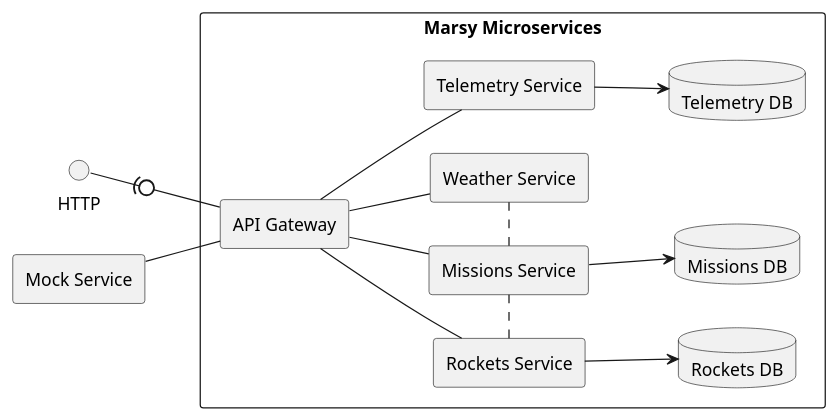
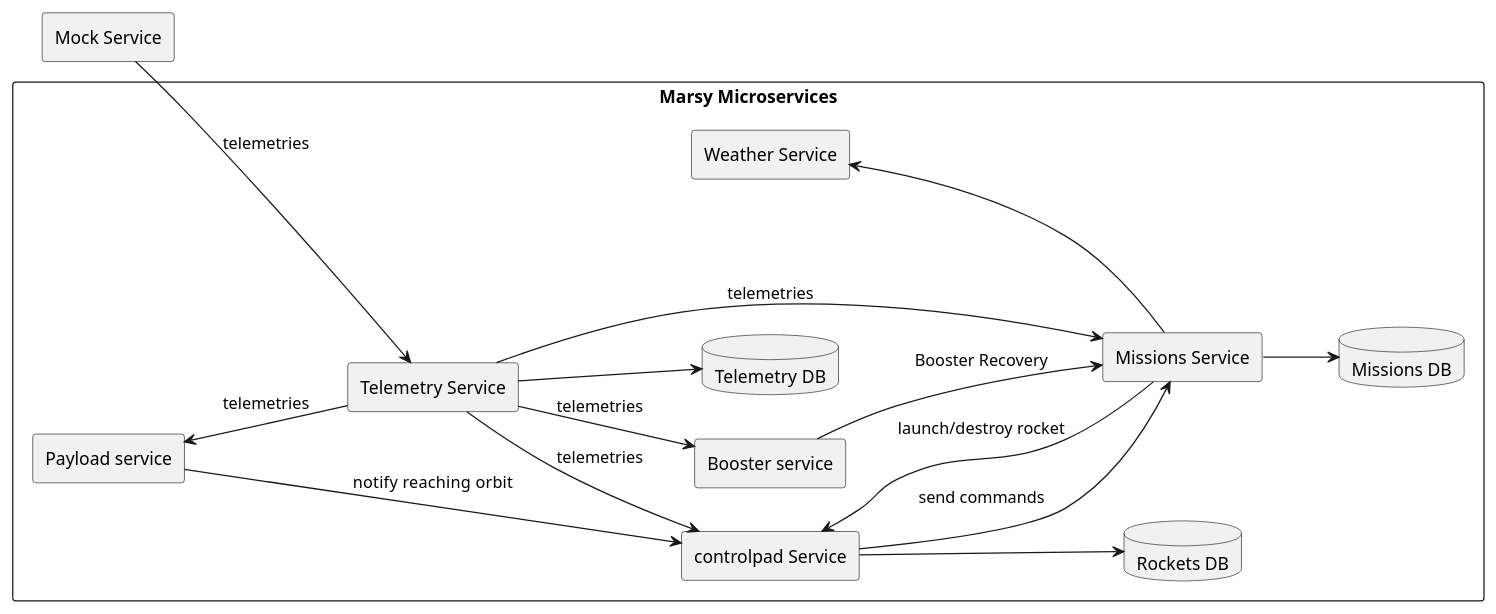
The diagram in docs/architecture-diagram.wsd (ImeneYAHIAOUI/MARS-Y), drawn with PlantUML before and after one commit.

Commit message:
update architecture diagram

```diff
--- a/docs/architecture-diagram.wsd
+++ b/docs/architecture-diagram.wsd
@@ -1,42 +1,44 @@
 @startuml
 skinparam componentStyle rectangle
 left to right direction
 
 
 rectangle "Marsy Microservices" as backend {
 
 
     component "Missions Service" as s_mission     
     
-    component "Rockets Service" as s_rocket
+    component "controlpad Service" as s_rocket
     component "Weather Service" as s_weather
 
     component "Telemetry Service" as s_telemtry
 
-    component "API Gateway" as api_gateway
+    component "Booster service" as s_booster
+    component "Payload service" as s_payload
 
     database "Rockets DB" as db_rockets
     database "Missions DB" as db_missions
     database "Telemetry DB" as db_telemetry
+    s_telemtry --> s_rocket: telemetries
+    s_telemtry --> s_booster : telemetries
+    s_telemtry --> s_mission : telemetries
 
-    api_gateway -- s_mission
-    api_gateway -- s_rocket
-    api_gateway -- s_weather
-    api_gateway -- s_telemtry
 
-    s_mission .left. s_rocket
-    s_mission .right. s_weather
+    s_payload -->  s_rocket : notify  reaching orbit
+    s_payload <-- s_telemtry  : telemetries
+
+    s_booster --> s_mission :Booster Recovery
+    s_rocket --> s_mission : send commands
+    s_rocket <--s_mission : launch/destroy rocket
+    s_weather <--s_mission
 
     s_mission --> db_missions
     s_rocket --> db_rockets
     s_telemtry --> db_telemetry
 }
 
 component "Mock Service" as s_mock
-
-s_mock -- api_gateway
-
-api_gateway -u0)- HTTP
+ s_mock --> s_telemtry : telemetries
 
 
 @enduml
```
